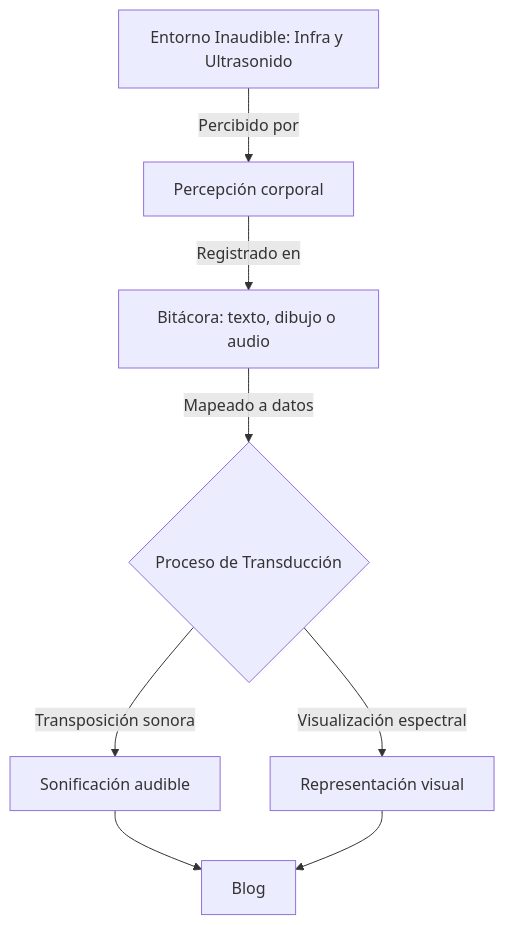
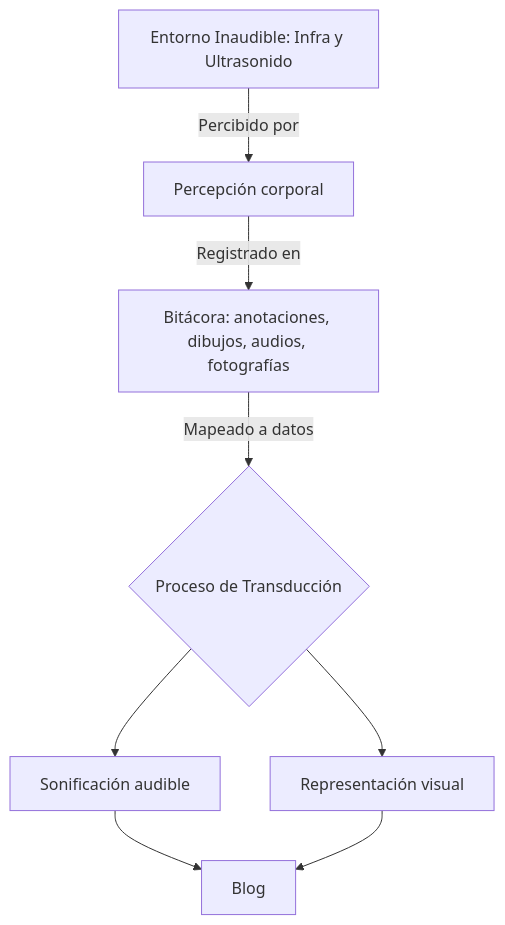
One commit to tomasfernandez1234/Blog changed the diagram in src/content/vault/posts/el cuerpo como sensor.md. Above: the diagram before and after it, drawn with Mermaid. The commit also changed other lines of this file and 3 other files, not shown here.

````diff
--- a/src/content/vault/posts/el cuerpo como sensor.md
+++ b/src/content/vault/posts/el cuerpo como sensor.md
@@ -31,10 +31,10 @@
 ```mermaid
 graph TD
     A[Entorno Inaudible: Infra y Ultrasonido] -->|Percibido por| B[Percepción corporal]
-    B -->|Registrado en| C[Bitácora: texto, dibujo o audio]
+    B -->|Registrado en| C[Bitácora: anotaciones, dibujos, audios, fotografías]
     C -->|Mapeado a datos| D{Proceso de Transducción}
-    D -->|Transposición sonora| E[Sonificación audible]
-    D -->|Visualización espectral| F[Representación visual]
+    D -->E[Sonificación audible]
+    D -->F[Representación visual]
     E --> G[Blog]
     F --> G
 ```
````
